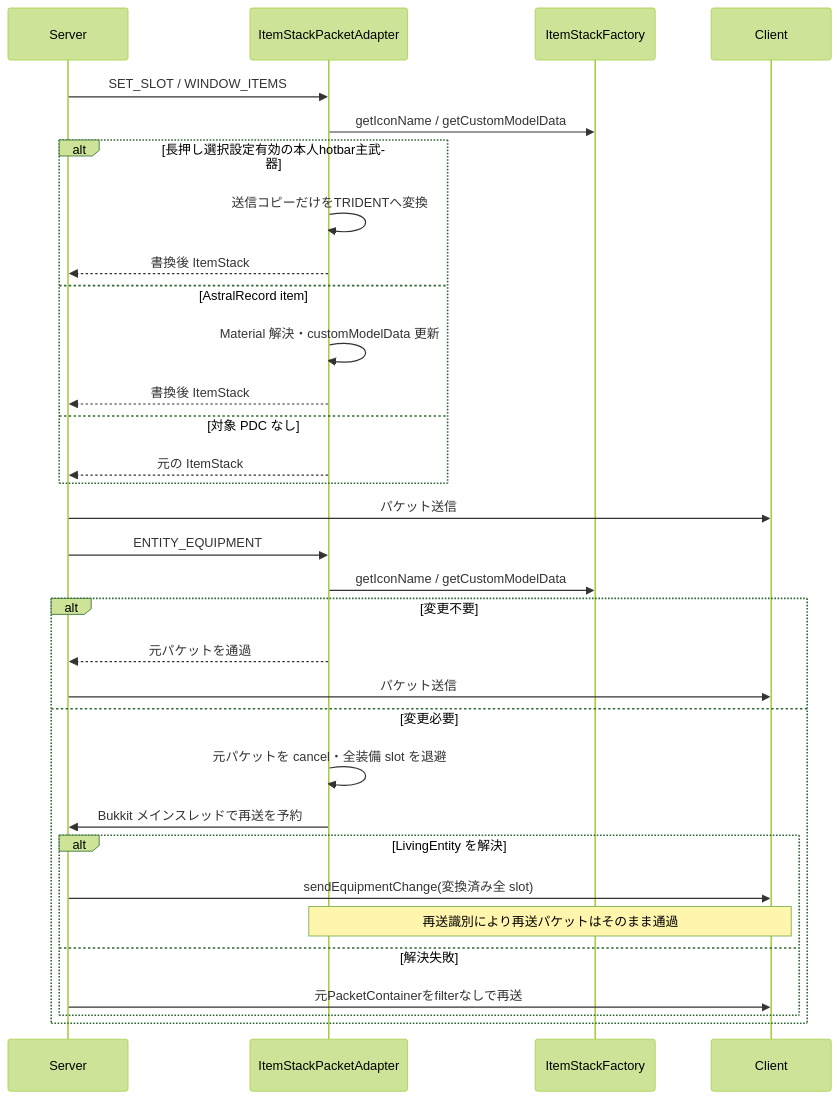
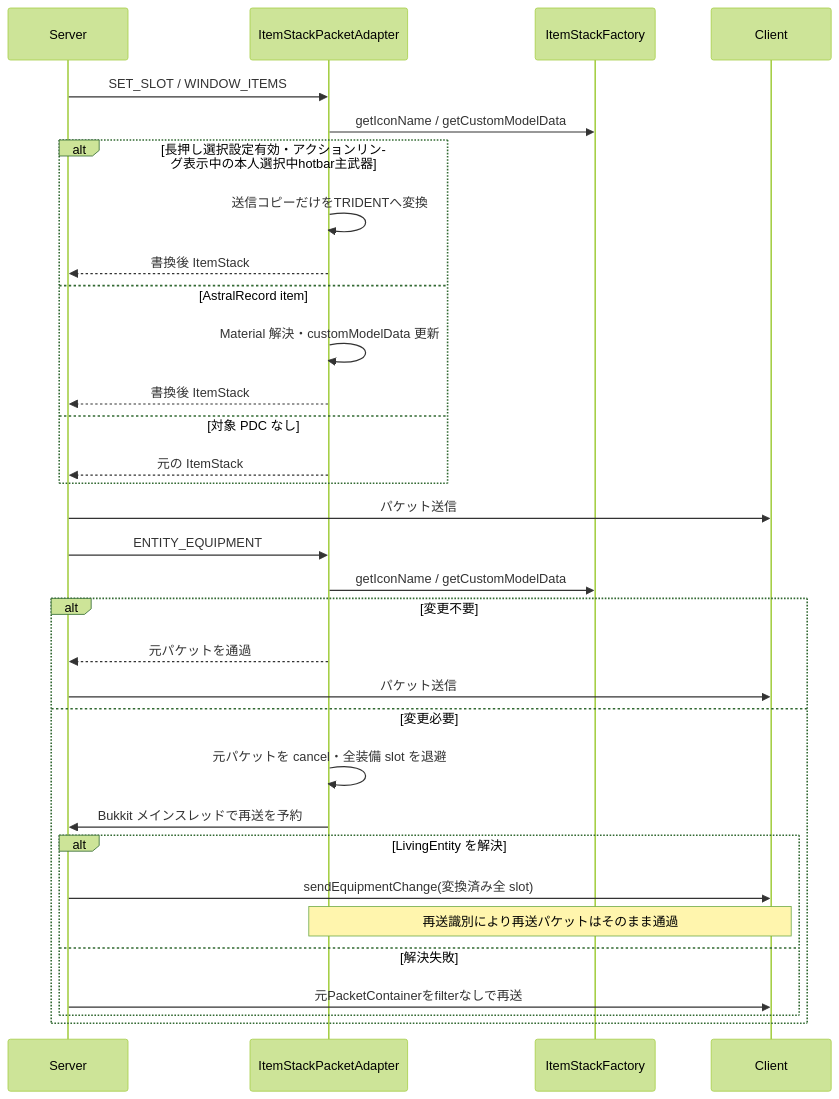
The third of 9 diagrams in 00_docs/10_Plugin設計書/feature/04-item/04_4-統合フロー.md (maaasu/AstralRecord-Workspace), drawn with Mermaid (forest theme) before and after one commit. The commit also changed other lines of this file and 17 other files, not shown here.

````diff
--- a/00_docs/10_Plugin設計書/feature/04-item/04_4-統合フロー.md
+++ b/00_docs/10_Plugin設計書/feature/04-item/04_4-統合フロー.md
@@ -70,36 +70,36 @@
 ```mermaid
 sequenceDiagram
     participant S as Server
     participant A as ItemStackPacketAdapter
     participant F as ItemStackFactory
     participant C as Client
 
     S->>A: SET_SLOT / WINDOW_ITEMS
     A->>F: getIconName / getCustomModelData
-    alt 長押し選択設定有効の本人hotbar主武器
+    alt 長押し選択設定有効・アクションリング表示中の本人選択中hotbar主武器
         A->>A: 送信コピーだけをTRIDENTへ変換
         A-->>S: 書換後 ItemStack
     else AstralRecord item
         A->>A: Material 解決・customModelData 更新
         A-->>S: 書換後 ItemStack
     else 対象 PDC なし
         A-->>S: 元の ItemStack
     end
     S->>C: パケット送信
 
     S->>A: ENTITY_EQUIPMENT
     A->>F: getIconName / getCustomModelData
     alt 変更不要
         A-->>S: 元パケットを通過
         S->>C: パケット送信
     else 変更必要
         A->>A: 元パケットを cancel・全装備 slot を退避
         A->>S: Bukkit メインスレッドで再送を予約
         alt LivingEntity を解決
             S->>C: sendEquipmentChange(変換済み全 slot)
             Note over A,C: 再送識別により再送パケットはそのまま通過
         else 解決失敗
             S->>C: 元PacketContainerをfilterなしで再送
         end
     end
 ```
````
